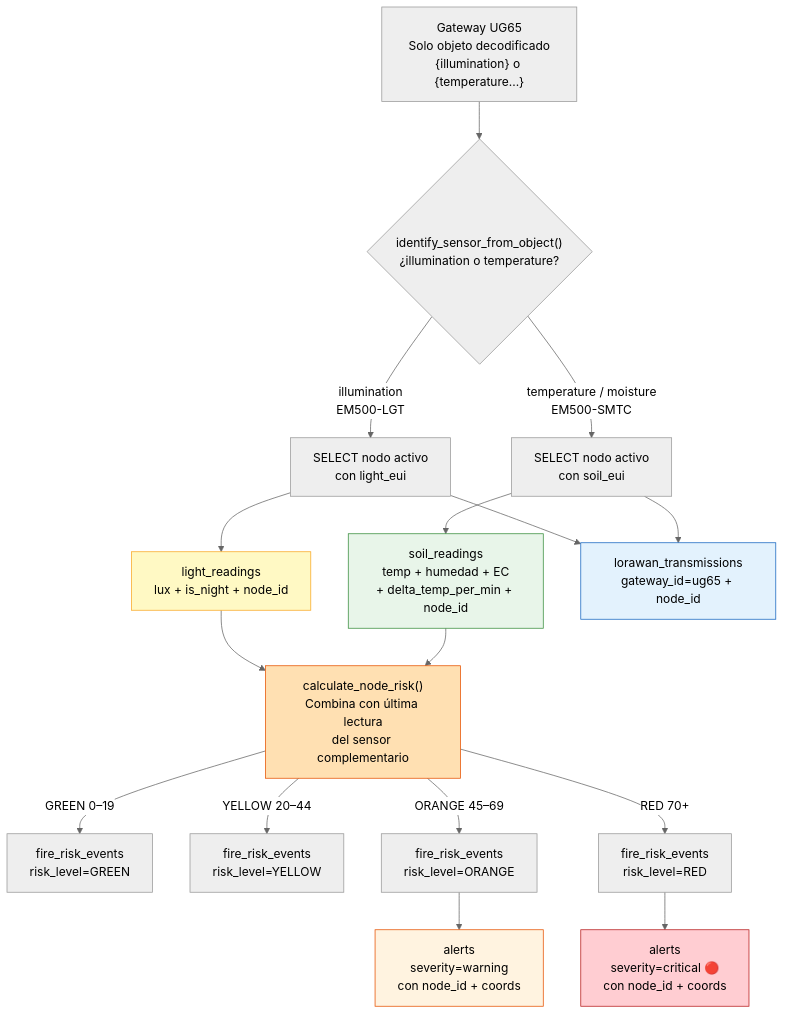
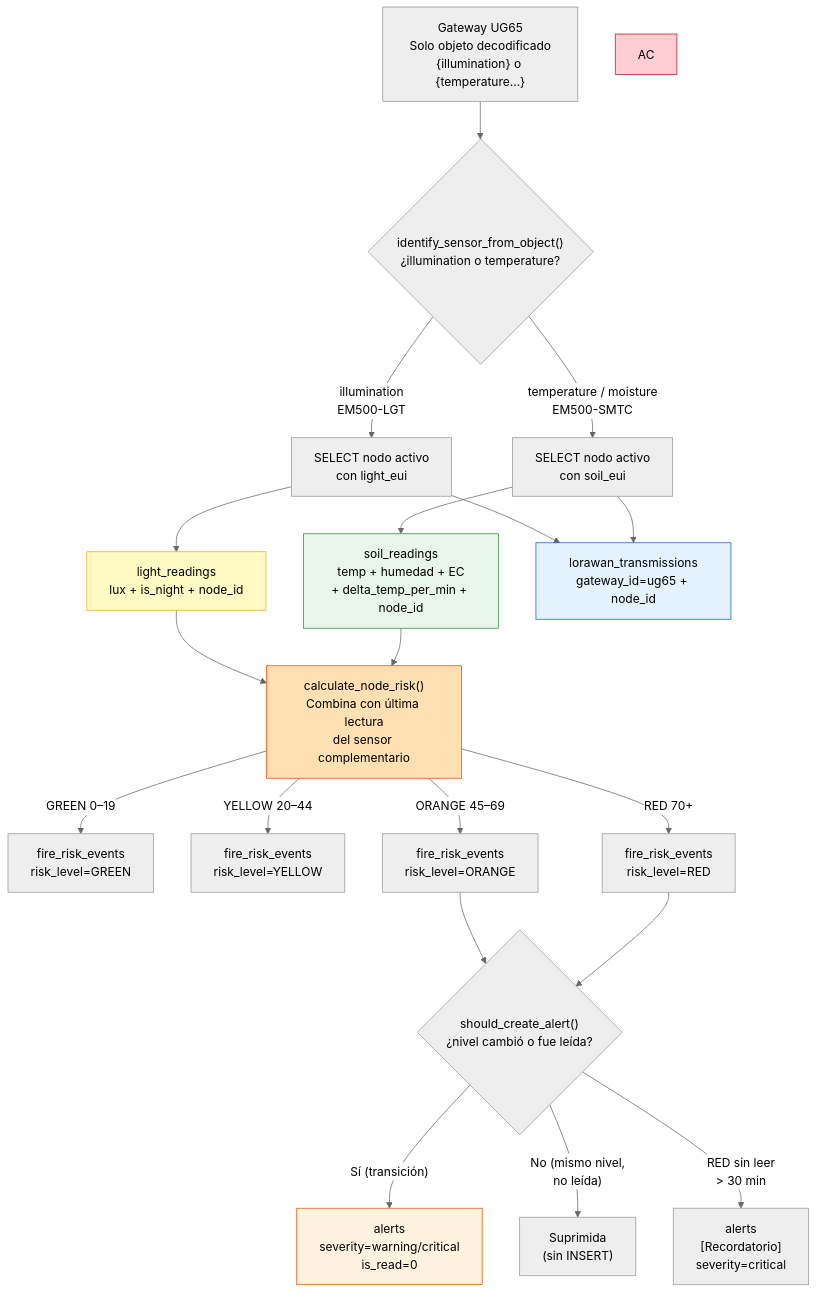
One commit to jpDLG101/fireZense changed the second of 2 diagrams in docs/DATABASE_DIAGRAM.md. Above: the diagram before and after it, drawn with Mermaid (neutral theme). The commit also changed other lines of this file and 1 other file, not shown here.

Commit message:
feat: implement alert read status and deduplication logic in architecture and database diagrams

````diff
--- a/docs/DATABASE_DIAGRAM.md
+++ b/docs/DATABASE_DIAGRAM.md
@@ -89,24 +91,27 @@
 ```mermaid
 flowchart TD
     GW["Gateway UG65\nSolo objeto decodificado\n{illumination} o {temperature...}"] --> ID{"identify_sensor_from_object()\n¿illumination o temperature?"}
 
     ID -- "illumination\nEM500-LGT" --> NL["SELECT nodo activo\ncon light_eui"] --> L["light_readings\nlux + is_night + node_id"]
     ID -- "temperature / moisture\nEM500-SMTC" --> NS["SELECT nodo activo\ncon soil_eui"] --> S["soil_readings\ntemp + humedad + EC\n+ delta_temp_per_min + node_id"]
 
     NL & NS --> RAW["lorawan_transmissions\ngateway_id=ug65 + node_id"]
 
     L --> COMB["calculate_node_risk()\nCombina con última lectura\ndel sensor complementario"]
     S --> COMB
 
     COMB -- "GREEN 0–19" --> FRE_G["fire_risk_events\nrisk_level=GREEN"]
     COMB -- "YELLOW 20–44" --> FRE_Y["fire_risk_events\nrisk_level=YELLOW"]
-    COMB -- "ORANGE 45–69" --> FRE_O["fire_risk_events\nrisk_level=ORANGE"] --> AW["alerts\nseverity=warning\ncon node_id + coords"]
-    COMB -- "RED 70+" --> FRE_R["fire_risk_events\nrisk_level=RED"] --> AC["alerts\nseverity=critical 🔴\ncon node_id + coords"]
+    COMB -- "ORANGE 45–69" --> FRE_O["fire_risk_events\nrisk_level=ORANGE"] --> CHK{"should_create_alert()\n¿nivel cambió o fue leída?"}
+    COMB -- "RED 70+" --> FRE_R["fire_risk_events\nrisk_level=RED"] --> CHK
+    CHK -- "Sí (transición)" --> AW["alerts\nseverity=warning/critical\nis_read=0"]
+    CHK -- "No (mismo nivel,\nno leída)" --> SKIP["Suprimida\n(sin INSERT)"]
+    CHK -- "RED sin leer\n> 30 min" --> REM["alerts\n[Recordatorio]\nseverity=critical"]
 
     style RAW fill:#e3f2fd,stroke:#1565c0
     style L fill:#fff9c4,stroke:#f9a825
     style S fill:#e8f5e9,stroke:#388e3c
     style COMB fill:#ffe0b2,stroke:#e65100
     style AW fill:#fff3e0,stroke:#e65100
     style AC fill:#ffcdd2,stroke:#b71c1c
 ```
````
